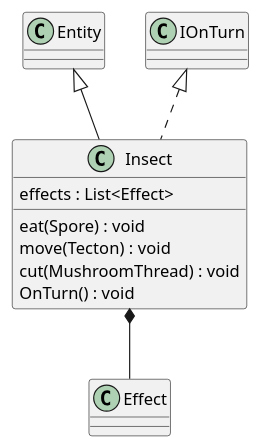
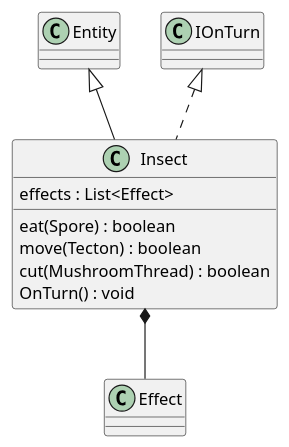
The diagram in 3/classes/insect.puml (Petya-G/fungorium), drawn with PlantUML before and after one commit. The commit also changed 1 other file, not shown here.

```diff
--- a/3/classes/insect.puml
+++ b/3/classes/insect.puml
@@ -1,14 +1,14 @@
 @startuml insect
 
 Entity <|-- Insect
 Insect *-- Effect
 
 IOnTurn <|.. Insect
 class Insect{
     effects : List<Effect>
-    eat(Spore) : void
-    move(Tecton) : void
-    cut(MushroomThread) : void
+    eat(Spore) : boolean
+    move(Tecton) : boolean
+    cut(MushroomThread) : boolean
     OnTurn() : void
 }
 @enduml
```
